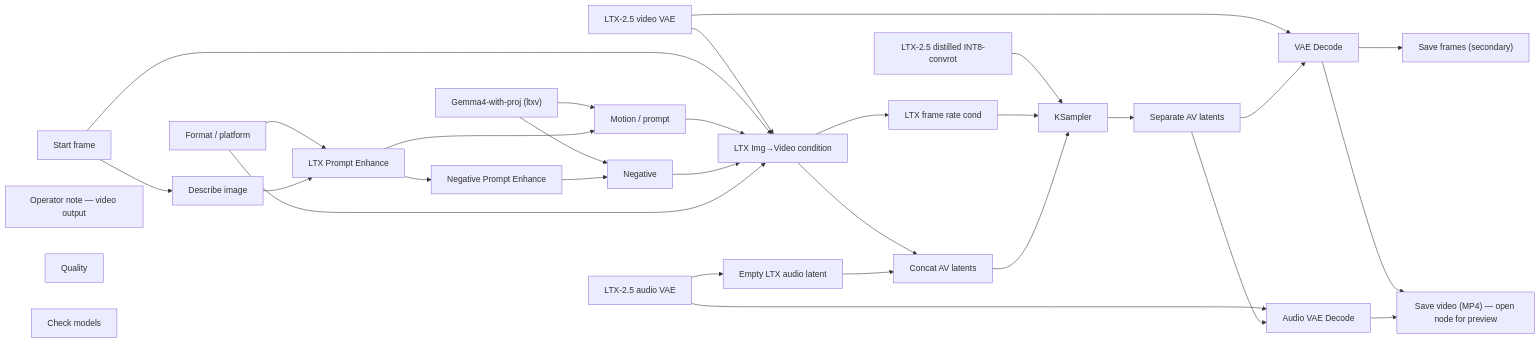
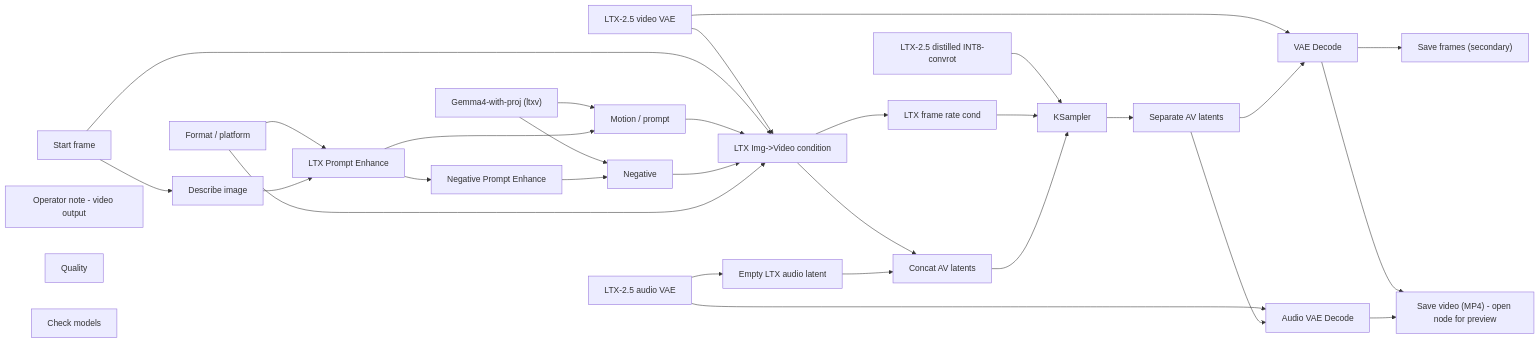
Before and after one commit to toxicoder/ez-comfy-stack: the diagram in docs/generated/workflows/motion/av/still-to-video-8s.md, drawn with Mermaid. The commit also changed other lines of this file and 1894 other files, not shown here.

````diff
--- a/docs/generated/workflows/motion/av/still-to-video-8s.md
+++ b/docs/generated/workflows/motion/av/still-to-video-8s.md
@@ -60,55 +60,55 @@
 ```mermaid
 flowchart LR
   N1["LTX-2.5 distilled INT8-convrot"]
   N2["LTX-2.5 video VAE"]
   N3["Gemma4-with-proj (ltxv)"]
   N4["Start frame"]
   N5["Motion / prompt"]
   N6["Negative"]
-  N7["LTX Img→Video condition"]
+  N7["LTX Img->Video condition"]
   N8["LTX frame rate cond"]
   N9["KSampler"]
   N10["VAE Decode"]
   N12["Save frames (secondary)"]
   N13["LTX-2.5 audio VAE"]
   N14["Empty LTX audio latent"]
   N15["Concat AV latents"]
   N16["Separate AV latents"]
-  N17["Operator note — video output"]
-  N18["Save video (MP4) — open node for preview"]
+  N17["Operator note - video output"]
+  N18["Save video (MP4) - open node for preview"]
   N19["LTX Prompt Enhance"]
   N20["Audio VAE Decode"]
   N21["Negative Prompt Enhance"]
   N22["Quality"]
   N23["Format / platform"]
   N24["Describe image"]
   N25["Check models"]
   N1 --> N9
   N2 --> N7
   N2 --> N10
   N3 --> N5
   N3 --> N6
   N4 --> N7
   N4 --> N24
   N5 --> N7
   N6 --> N7
   N7 --> N8
   N7 --> N15
   N8 --> N9
   N9 --> N16
   N10 --> N12
   N10 --> N18
   N13 --> N14
   N13 --> N20
   N14 --> N15
   N15 --> N9
   N16 --> N10
   N16 --> N20
   N19 --> N5
   N19 --> N21
   N20 --> N18
   N21 --> N6
   N23 --> N7
   N23 --> N19
   N24 --> N19
 ```
````
